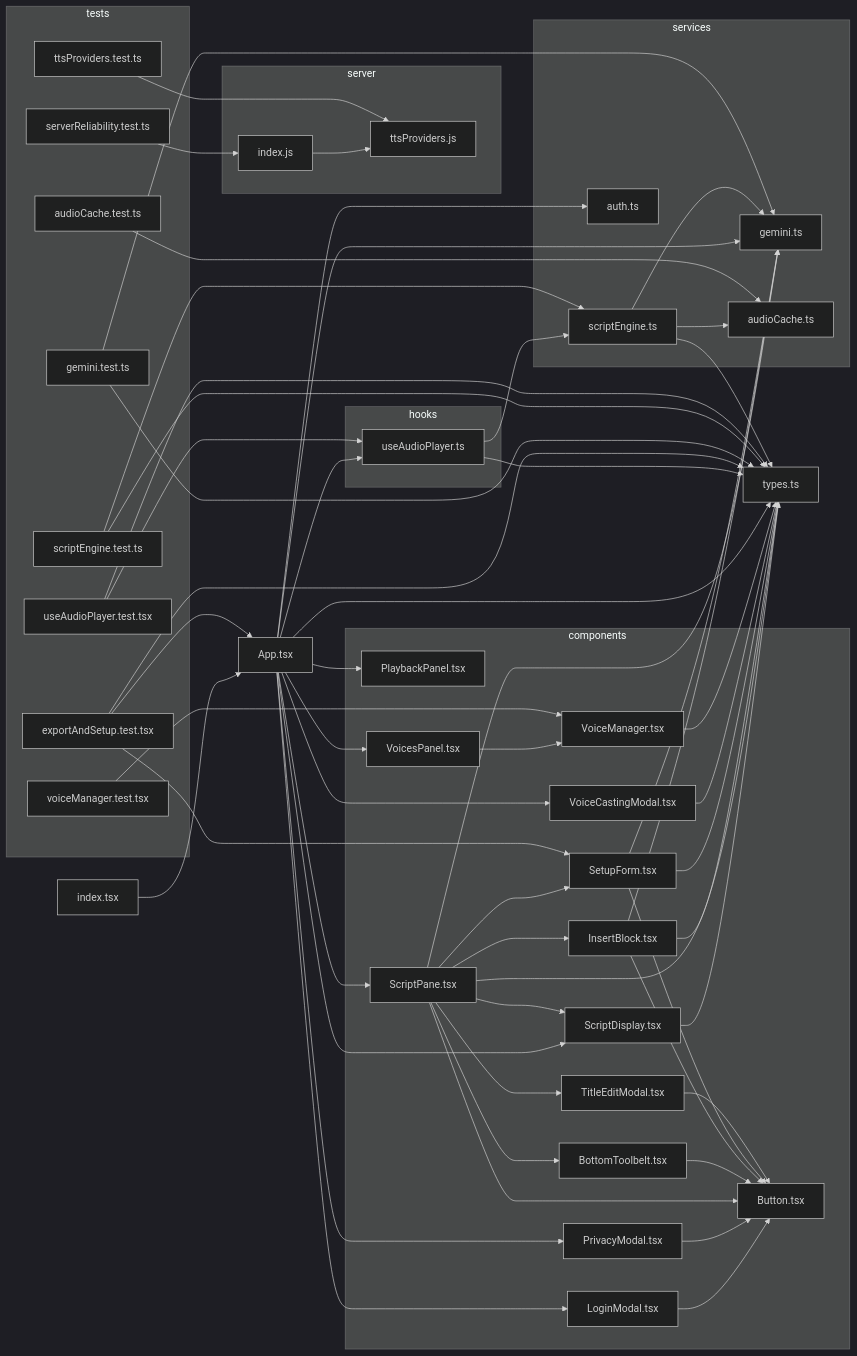
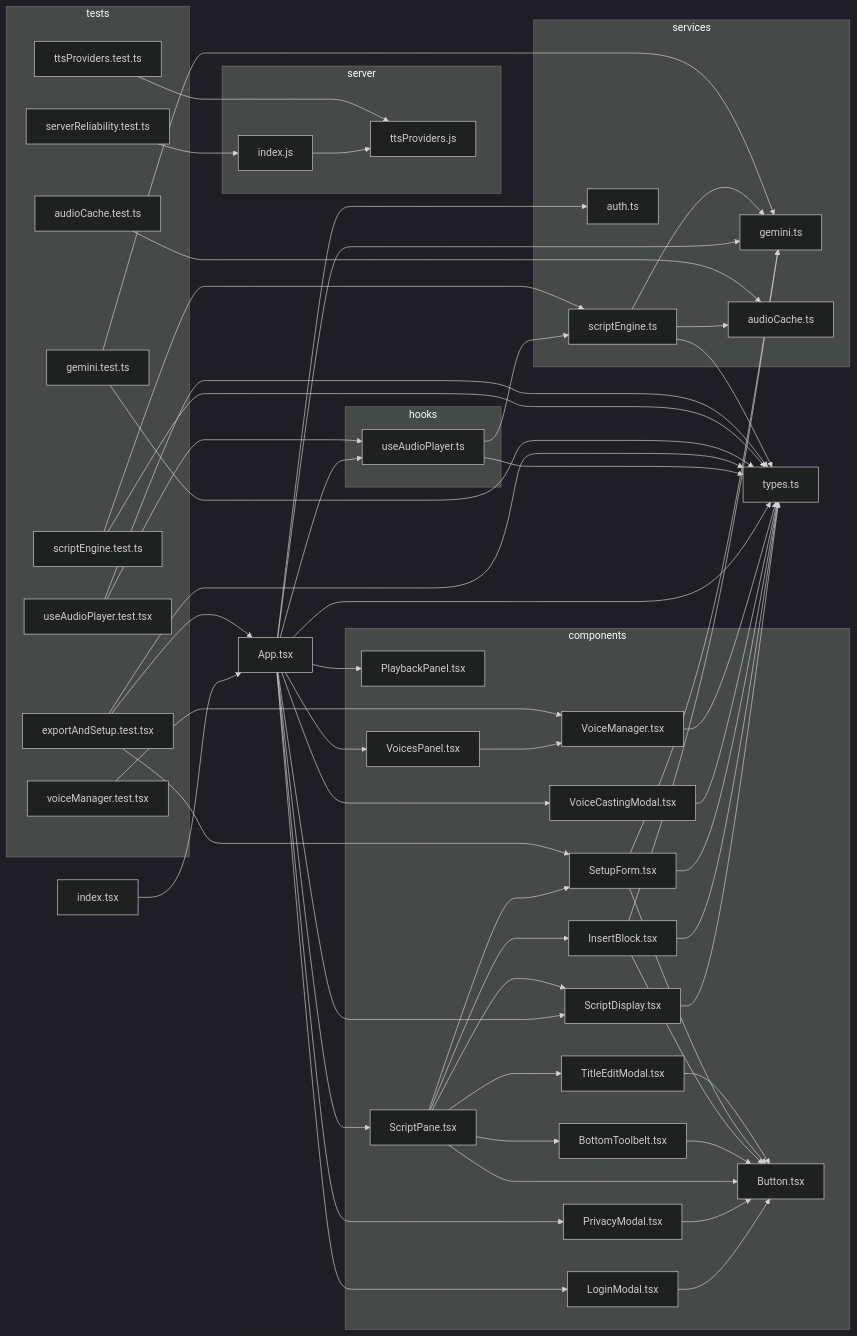
The diagram in docs/dependency-graph.mmd (seanzmc/Script-Seance), drawn with Mermaid (dark theme) before and after one commit.

Commit message:
Fix node ID assignments in dependency graph
Reassigns node IDs for BottomToolbelt, InsertBlock, and services
subgraph to maintain consistent ordering and removes a redundant
edge from ScriptPane to types.

```diff
--- a/docs/dependency-graph.mmd
+++ b/docs/dependency-graph.mmd
@@ -1,96 +1,94 @@
 flowchart LR
 
 0["App.tsx"]
 subgraph 1["components"]
 2["LoginModal.tsx"]
 3["Button.tsx"]
 4["PlaybackPanel.tsx"]
 5["PrivacyModal.tsx"]
 6["ScriptDisplay.tsx"]
 8["ScriptPane.tsx"]
-B["BottomToolbelt.tsx"]
-C["InsertBlock.tsx"]
+9["BottomToolbelt.tsx"]
+A["InsertBlock.tsx"]
 D["SetupForm.tsx"]
 E["TitleEditModal.tsx"]
 F["VoiceCastingModal.tsx"]
 G["VoicesPanel.tsx"]
 H["VoiceManager.tsx"]
 end
 7["types.ts"]
-subgraph 9["services"]
-A["gemini.ts"]
+subgraph B["services"]
+C["gemini.ts"]
 K["scriptEngine.ts"]
 L["audioCache.ts"]
 M["auth.ts"]
 end
 subgraph I["hooks"]
 J["useAudioPlayer.ts"]
 end
 N["index.tsx"]
 subgraph O["server"]
 P["index.js"]
 Q["ttsProviders.js"]
 end
 subgraph R["tests"]
 S["audioCache.test.ts"]
 T["exportAndSetup.test.tsx"]
 U["gemini.test.ts"]
 V["scriptEngine.test.ts"]
 W["serverReliability.test.ts"]
 X["ttsProviders.test.ts"]
 Y["useAudioPlayer.test.tsx"]
 Z["voiceManager.test.tsx"]
 end
 0-->2
 0-->4
 0-->5
 0-->6
 0-->8
 0-->F
 0-->G
 0-->J
 0-->M
-0-->A
+0-->C
 0-->7
 2-->3
 5-->3
 6-->7
+8-->9
+8-->3
 8-->A
-8-->7
-8-->B
-8-->3
-8-->C
 8-->6
 8-->D
 8-->E
-B-->3
-C-->A
-C-->7
-C-->3
-D-->A
+9-->3
+A-->C
+A-->7
+A-->3
+D-->C
 D-->7
 D-->3
 E-->3
 F-->7
 G-->H
 H-->7
 J-->K
 J-->7
 K-->7
 K-->L
-K-->A
+K-->C
 N-->0
 P-->Q
 S-->L
 T-->0
 T-->D
 T-->7
-U-->A
+U-->C
 U-->7
 V-->K
 V-->7
 W-->P
 X-->Q
 Y-->J
 Y-->7
 Z-->H
```
